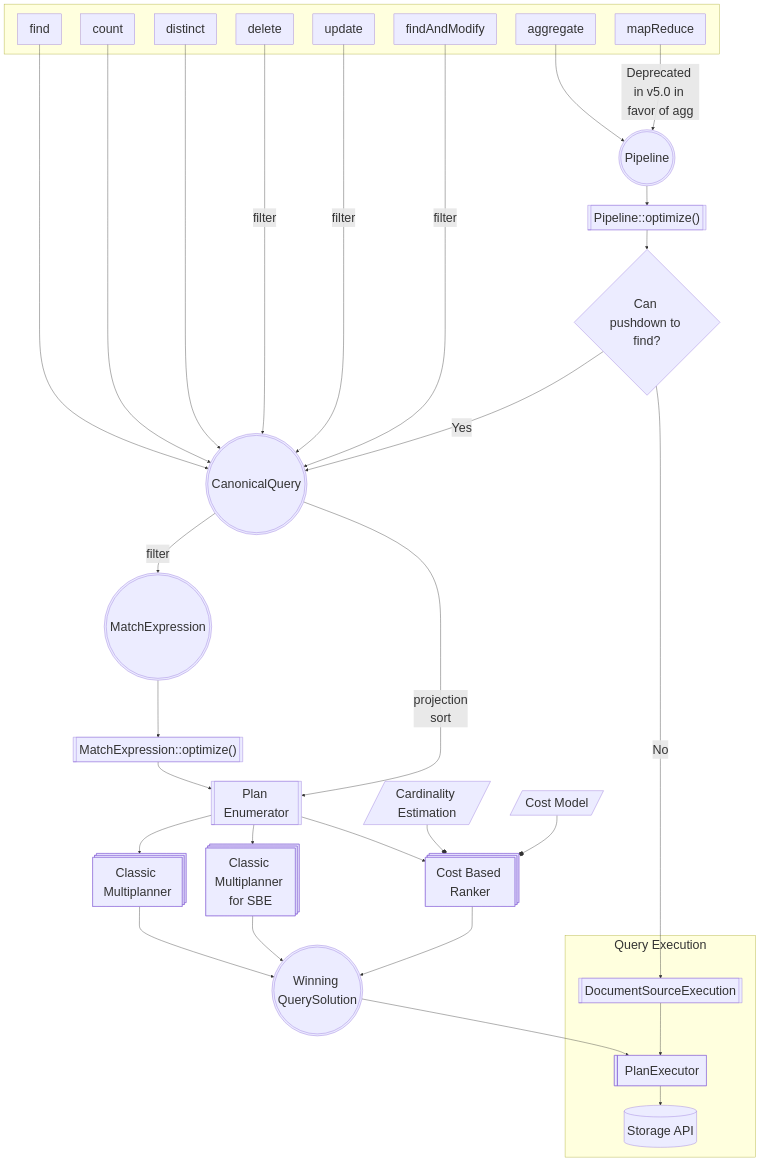
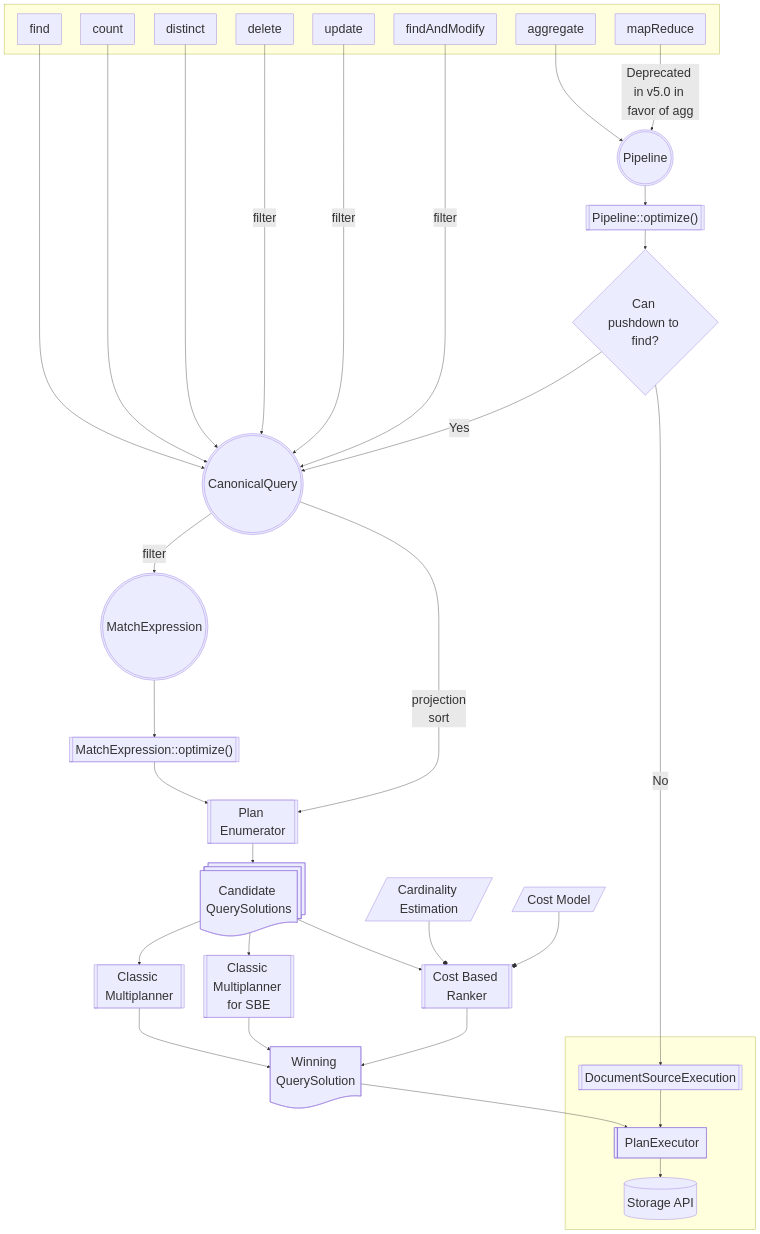
The diagram in src/mongo/db/query/README_QO.md (MitsukiSUGITA/my_mongoDB), drawn with Mermaid before and after one commit. The commit also changed 1 other file, not shown here.

Commit message:
SERVER-102975 Fix "Parsing Aggregations" link in QO Architecture Guide (#34185)

````diff
--- a/src/mongo/db/query/README_QO.md
+++ b/src/mongo/db/query/README_QO.md
@@ -27,63 +27,65 @@
 ```mermaid
 ---
 config:
   themeVariables:
     fontSize: 32px
 ---
 flowchart TD
  subgraph Client[" "]
         mr["mapReduce"]
         agg["aggregate"]
         find["find"]
         count["count"]
         dist["distinct"]
         del["delete"]
         update["update"]
         fam["findAndModify"]
   end
- subgraph s1["Query Execution"]
+ subgraph s1[" "]
         D1["DocumentSourceExecution"]
         D2["PlanExecutor"]
         D3["Storage API"]
   end
     find --> cq["CanonicalQuery"]
     count --> cq
     dist --> cq
     cq -- filter --> me["MatchExpression"]
     del -- filter --> cq
     update -- filter --> cq
     fam -- filter --> cq
     me --> C1["MatchExpression::optimize()"]
     C1 --> C3["Plan Enumerator"]
-    C3 --> C4["Classic Multiplanner"] & C5["Classic Multiplanner for SBE"] & C6["Cost Based Ranker"]
+    C3 --> n2["Candidate QuerySolutions"]
+    n2 --> C4["Classic Multiplanner"] & C5["Classic Multiplanner for SBE"] & C6["Cost Based Ranker"]
     C7["Cardinality Estimation"] --o C6
     C8["Cost Model"] --o C6
     C4 --> C12["Winning QuerySolution"]
     C5 --> C12
     C6 --> C12
     C11{"Can pushdown to find?"} -- Yes --> cq
     C12 --> D2
     C11 -- No --> D1
     D1 --> D2
     D2 --> D3
     n1["Pipeline::optimize()"] --> C11
     agg --> B1["Pipeline"]
     mr -- "Deprecated in v5.0 in favor of agg" --> B1
-    cq -- "projection<br>sort" --> C3
+    cq -- projection<br>sort --> C3
     B1 --> n1
     D1@{ shape: subproc}
     D2@{ shape: lin-rect}
     D3@{ shape: cyl}
     cq@{ shape: dbl-circ}
     me@{ shape: dbl-circ}
-    B1@{ shape: dbl-circ}
     C1@{ shape: subproc}
     C3@{ shape: subproc}
-    C4@{ shape: procs}
-    C5@{ shape: procs}
-    C6@{ shape: procs}
+    n2@{ shape: docs}
+    C4@{ shape: subproc}
+    C5@{ shape: subproc}
+    C6@{ shape: subproc}
     C7@{ shape: lean-r}
     C8@{ shape: lean-r}
-    C12@{ shape: dbl-circ}
+    C12@{ shape: doc}
     n1@{ shape: subproc}
+    B1@{ shape: dbl-circ}
 ```
````
